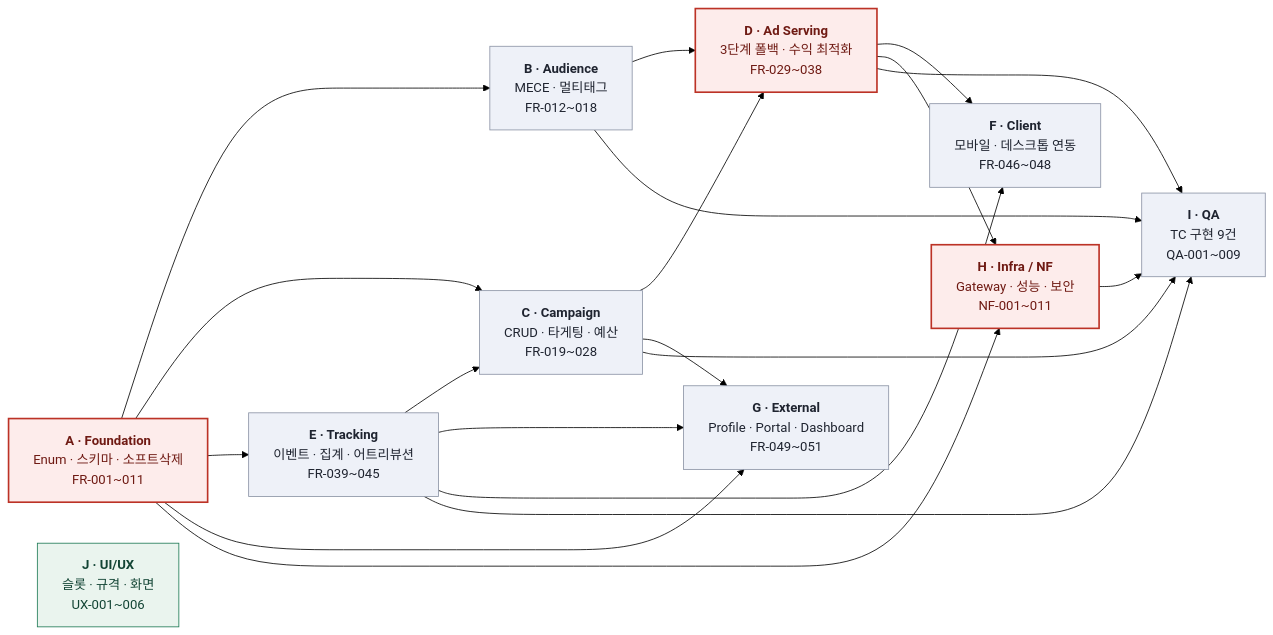
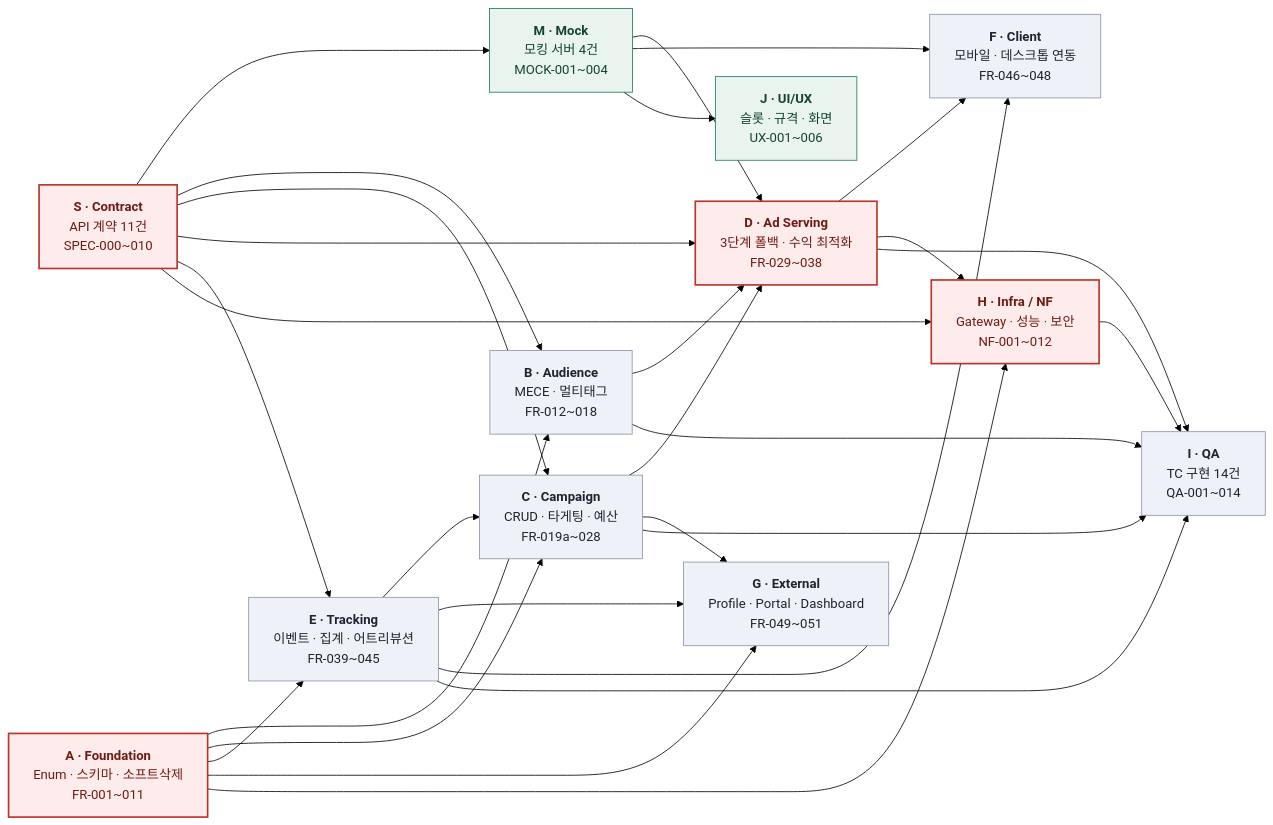
Before and after one commit to STERNYUL/AI_PLACE_MATE: the first of 6 diagrams in TASKS-adtech-mvp-v1.0.md, drawn with Mermaid (forest theme). The commit also changed other lines of this file and 10 other files, not shown here.

````diff
--- a/TASKS-adtech-mvp-v1.0.md
+++ b/TASKS-adtech-mvp-v1.0.md
@@ -206,39 +296,50 @@
 ```mermaid
 graph LR
+  S["<b>S · Contract</b><br/>API 계약 11건<br/>SPEC-000~010"]
+  MK["<b>M · Mock</b><br/>모킹 서버 4건<br/>MOCK-001~004"]
   A["<b>A · Foundation</b><br/>Enum · 스키마 · 소프트삭제<br/>FR-001~011"]
   B["<b>B · Audience</b><br/>MECE · 멀티태그<br/>FR-012~018"]
-  C["<b>C · Campaign</b><br/>CRUD · 타게팅 · 예산<br/>FR-019~028"]
+  C["<b>C · Campaign</b><br/>CRUD · 타게팅 · 예산<br/>FR-019a~028"]
   D["<b>D · Ad Serving</b><br/>3단계 폴백 · 수익 최적화<br/>FR-029~038"]
   E["<b>E · Tracking</b><br/>이벤트 · 집계 · 어트리뷰션<br/>FR-039~045"]
   F["<b>F · Client</b><br/>모바일 · 데스크톱 연동<br/>FR-046~048"]
   G["<b>G · External</b><br/>Profile · Portal · Dashboard<br/>FR-049~051"]
-  H["<b>H · Infra / NF</b><br/>Gateway · 성능 · 보안<br/>NF-001~011"]
-  I["<b>I · QA</b><br/>TC 구현 9건<br/>QA-001~009"]
+  H["<b>H · Infra / NF</b><br/>Gateway · 성능 · 보안<br/>NF-001~012"]
+  I["<b>I · QA</b><br/>TC 구현 14건<br/>QA-001~014"]
   J["<b>J · UI/UX</b><br/>슬롯 · 규격 · 화면<br/>UX-001~006"]
 
+  S --> MK
+  S --> B
+  S --> C
+  S --> D
+  S --> E
+  S --> H
+  MK --> D
+  MK --> F
+  MK --> J
   A --> B
   A --> C
   A --> E
   A --> G
   A --> H
   B --> D
   C --> D
   E --> C
   E --> G
   C --> G
   D --> F
   D --> H
   E --> F
   B --> I
   C --> I
   D --> I
   E --> I
   H --> I
 
   classDef crit fill:#fdeceb,stroke:#bc3226,stroke-width:2px,color:#6f1a13
   classDef plain fill:#eef1f8,stroke:#8b93a5,color:#1f2430
   classDef free fill:#eaf4ee,stroke:#1e7a55,color:#124434
-  class A,D,H crit
+  class S,A,D,H crit
   class B,C,E,F,G,I plain
-  class J free
+  class MK,J free
 ```
````
